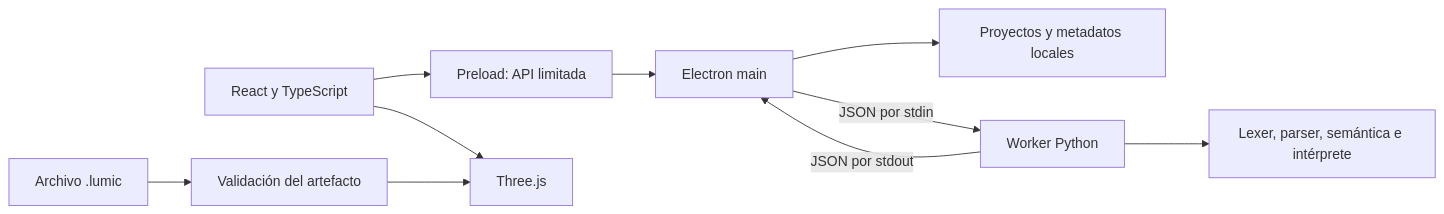
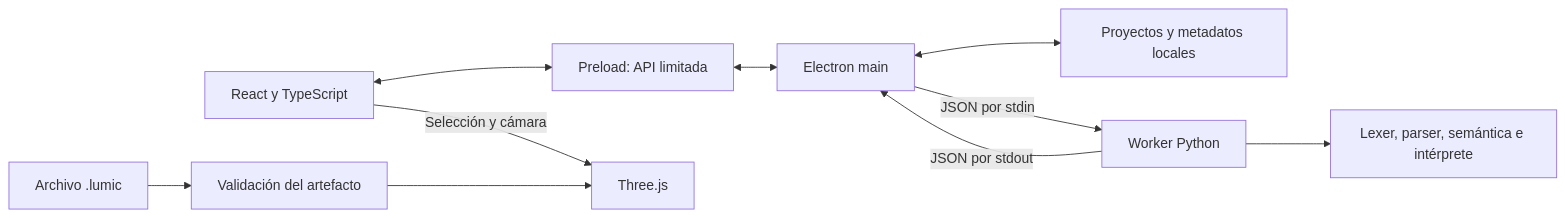
One commit to GreichelCampos/lumi_studio changed the diagram in docs/architecture.md. Above: the diagram before and after it, drawn with Mermaid. The commit also changed other lines of this file and 2 other files, not shown here.

````diff
--- a/docs/architecture.md
+++ b/docs/architecture.md
@@ -11,12 +11,12 @@
 ```mermaid
 flowchart LR
-    UI[React y TypeScript] --> PRE[Preload: API limitada]
-    PRE --> MAIN[Electron main]
-    MAIN --> DISK[Proyectos y metadatos locales]
+    UI[React y TypeScript] <--> PRE[Preload: API limitada]
+    PRE <--> MAIN[Electron main]
+    MAIN <--> DISK[Proyectos y metadatos locales]
     MAIN -->|JSON por stdin| WORKER[Worker Python]
     WORKER -->|JSON por stdout| MAIN
     WORKER --> CORE[Lexer, parser, semántica e intérprete]
     ART[Archivo .lumic] --> VAL[Validación del artefacto]
     VAL --> VIEW[Three.js]
-    UI --> VIEW
+    UI -->|Selección y cámara| VIEW
 ```
````
